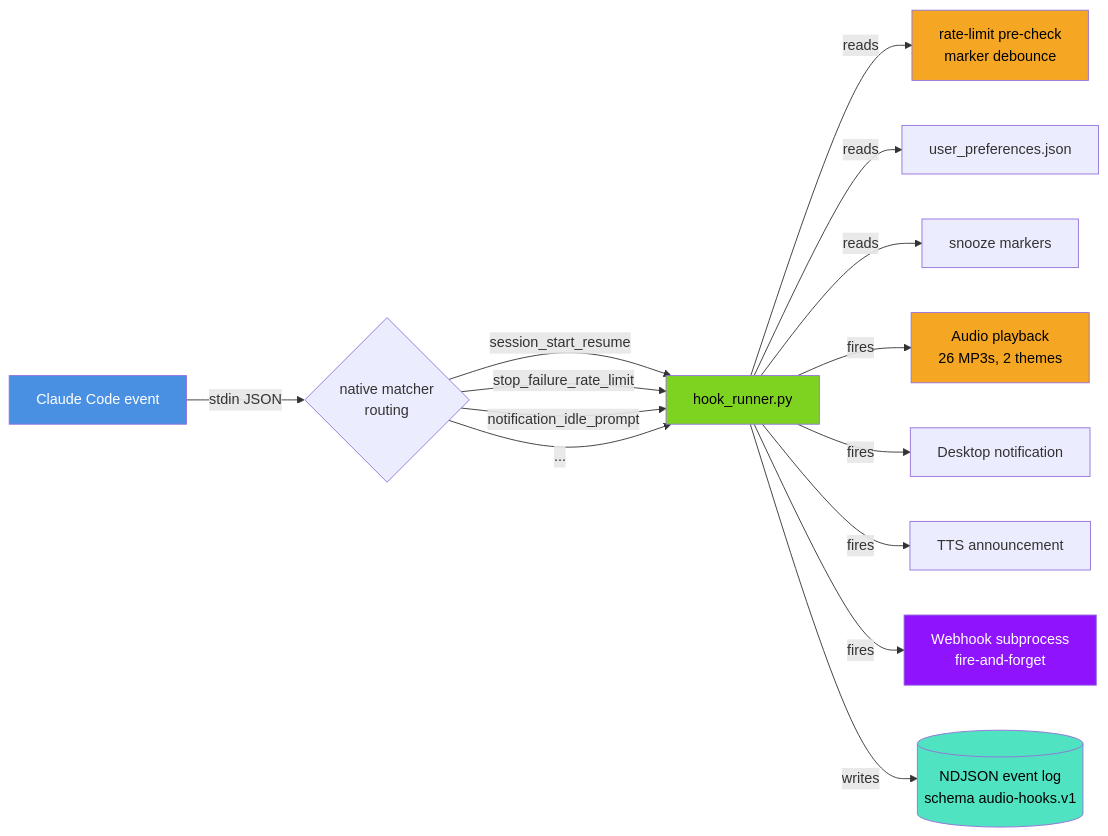
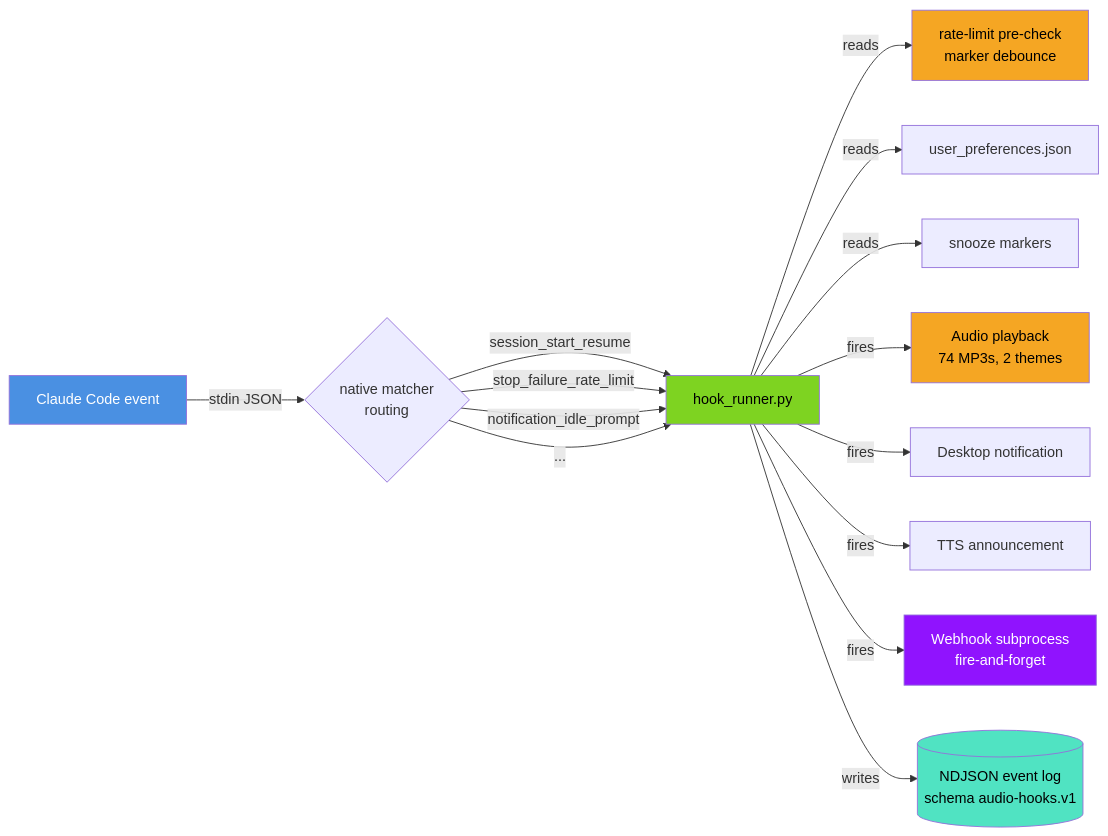
Before and after one commit to ChanMeng666/echook: the first of 6 diagrams in docs/ARCHITECTURE.md, drawn with Mermaid. The commit also changed other lines of this file and 29 other files, not shown here.

````diff
--- a/docs/ARCHITECTURE.md
+++ b/docs/ARCHITECTURE.md
@@ -26,25 +26,25 @@
 ```mermaid
 flowchart LR
     CC[Claude Code event] -->|stdin JSON| MR{native matcher<br/>routing}
     MR -->|session_start_resume| HR[hook_runner.py]
     MR -->|stop_failure_rate_limit| HR
     MR -->|notification_idle_prompt| HR
     MR -->|...| HR
 
     HR -->|reads| RL[rate-limit pre-check<br/>marker debounce]
     HR -->|reads| CFG[user_preferences.json]
     HR -->|reads| MARK[snooze markers]
 
-    HR -->|fires| AUDIO[Audio playback<br/>26 MP3s, 2 themes]
+    HR -->|fires| AUDIO[Audio playback<br/>74 MP3s, 2 themes]
     HR -->|fires| NOTIF[Desktop notification]
     HR -->|fires| TTS[TTS announcement]
     HR -->|fires| WH[Webhook subprocess<br/>fire-and-forget]
     HR -->|writes| LOG[(NDJSON event log<br/>schema audio-hooks.v1)]
 
     style CC fill:#4A90E2,color:#fff
     style HR fill:#7ED321,color:#000
     style RL fill:#F5A623,color:#000
     style AUDIO fill:#F5A623,color:#000
     style WH fill:#9013FE,color:#fff
     style LOG fill:#50E3C2,color:#000
 ```
````
